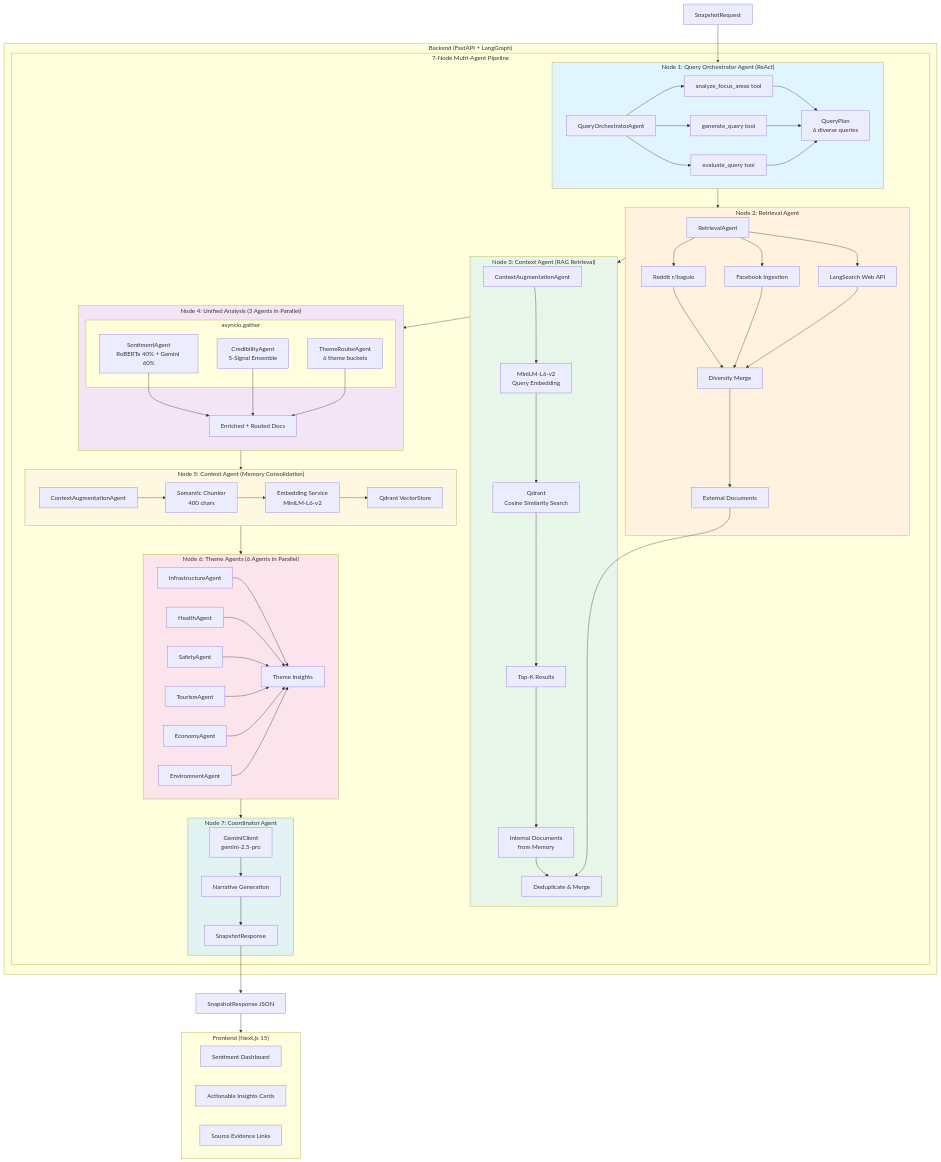
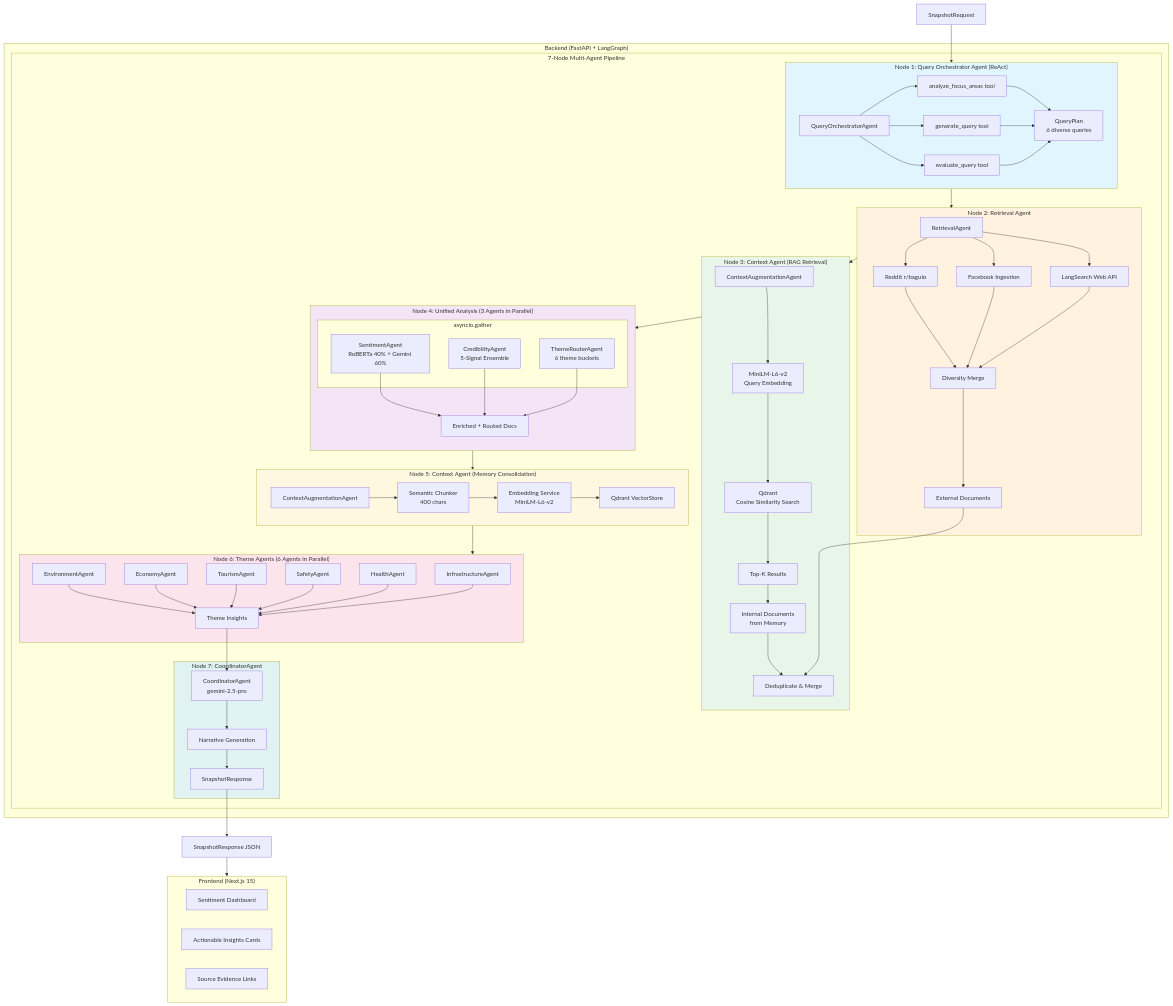
Before and after one commit to donyelqt/Hinaing: the first of 3 diagrams in docs/ARCHITECTURE.md, drawn with Mermaid. The commit also changed other lines of this file and 9 other files, not shown here.

First line of the commit message:
feat(agents): Add CoordinatorAgent for Node 7 narrative generation

```diff
--- a/docs/ARCHITECTURE.md
+++ b/docs/ARCHITECTURE.md
@@ -152,8 +152,8 @@
                 TH1 & TH2 & TH3 & TH4 & TH5 & TH6 --> TI
             end
 
-            subgraph Node7["Node 7: Coordinator Agent"]
-                GC[GeminiClient<br/>gemini-2.5-pro]
+            subgraph Node7["Node 7: CoordinatorAgent"]
+                GC[CoordinatorAgent<br/>gemini-2.5-pro]
                 NR[Narrative Generation]
                 GC --> NR
                 SR[SnapshotResponse]
@@ -161,7 +161,8 @@
             end
 
             Node1 --> Node2 --> Node3 --> Node4
-            Node4 --> Node5 --> Node6 --> Node7
+            Node4 --> Node5 --> Node6
+            TI --> GC
         end
     end
 
```
